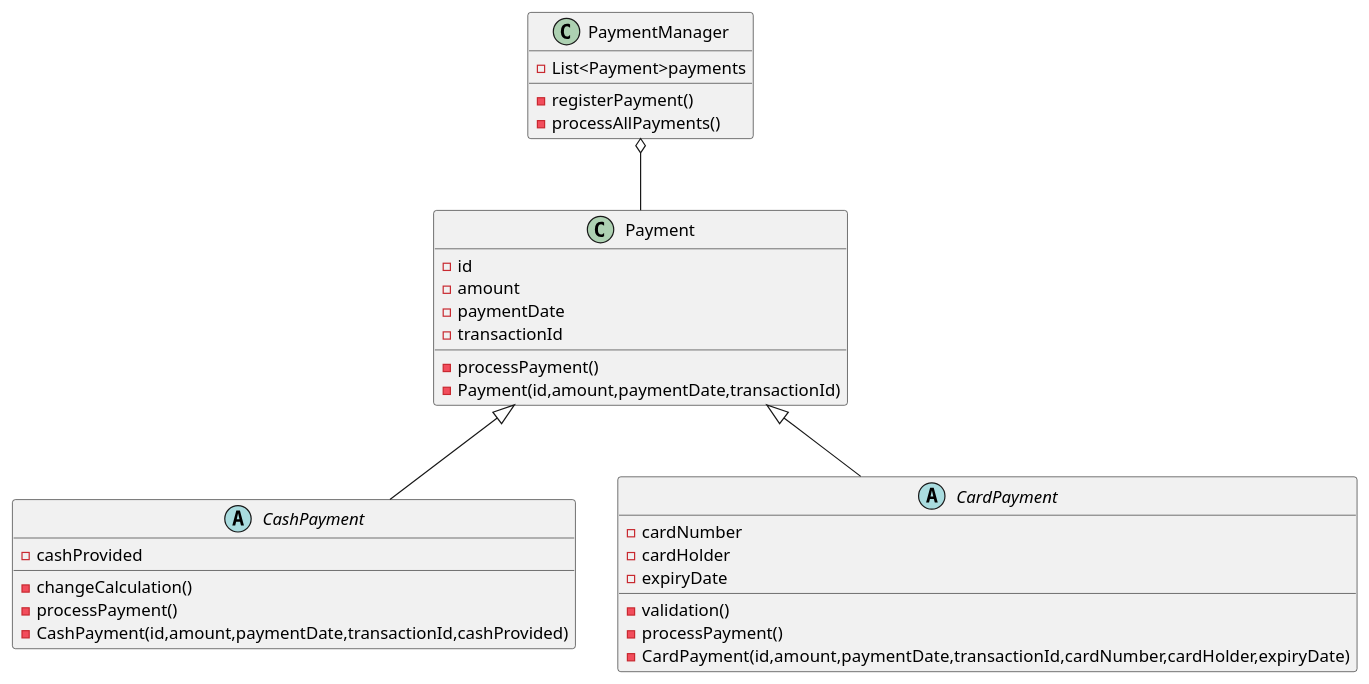
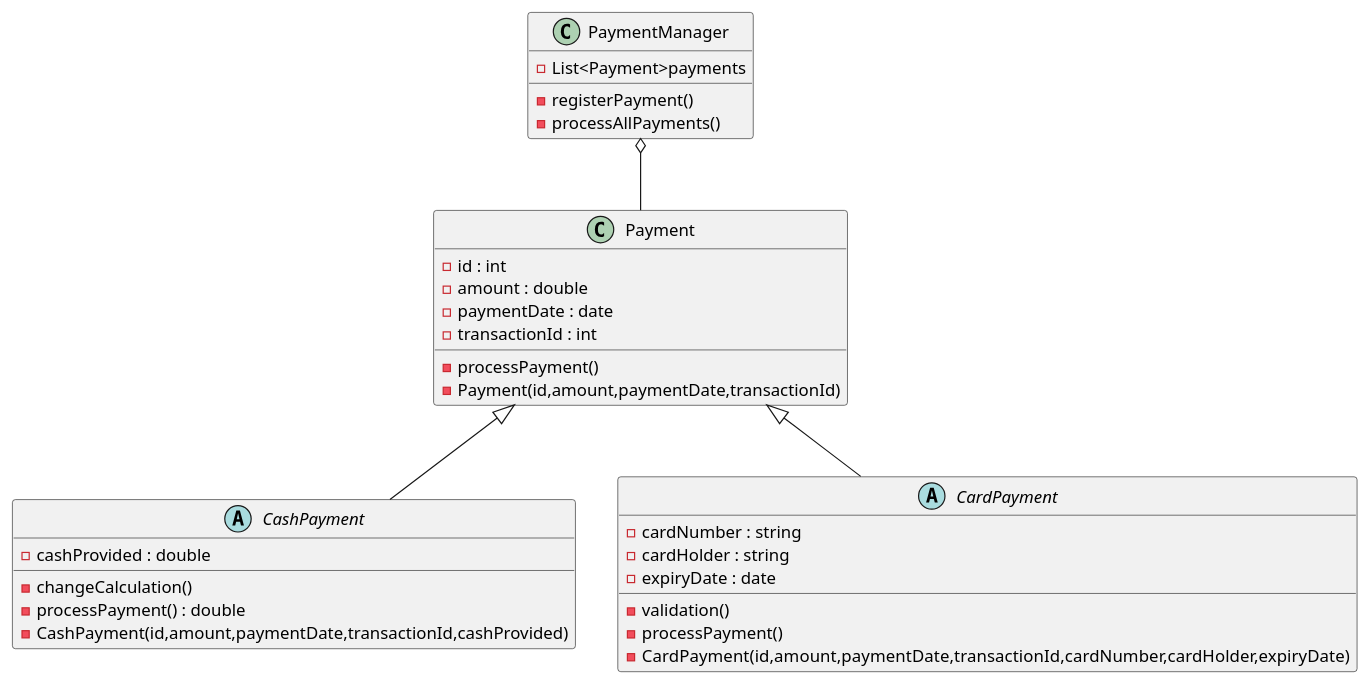
Before and after one commit to soloviev330/uml_diagrams: the diagram in lesson 4/hw_5.wsd, drawn with PlantUML.

Commit message:
data types

```diff
--- a/lesson 4/hw_5.wsd
+++ b/lesson 4/hw_5.wsd
@@ -1,40 +1,40 @@
 @startuml asd
 
 class PaymentManager {
     -List<Payment>payments
     -registerPayment()
     -processAllPayments()
 }
 
 class Payment {
-    -id
-    -amount
-    -paymentDate
-    -transactionId
+    -id : int
+    -amount : double
+    -paymentDate : date
+    -transactionId : int
     -processPayment()
     -Payment(id,amount,paymentDate,transactionId)
 }
 
 abstract class CashPayment {
-    -cashProvided
+    -cashProvided : double
     -changeCalculation()
-    -processPayment()
+    -processPayment() : double
     -CashPayment(id,amount,paymentDate,transactionId,cashProvided)
 }
 
 abstract class CardPayment {
-    -cardNumber
-    -cardHolder
-    -expiryDate
+    -cardNumber : string
+    -cardHolder : string
+    -expiryDate : date
     -validation()
     -processPayment()
    - CardPayment(id,amount,paymentDate,transactionId,cardNumber,cardHolder,expiryDate)
 }
 
 PaymentManager o-- Payment
 Payment <|-- CashPayment
 Payment <|-- CardPayment
 
 
 
 @enduml
```
